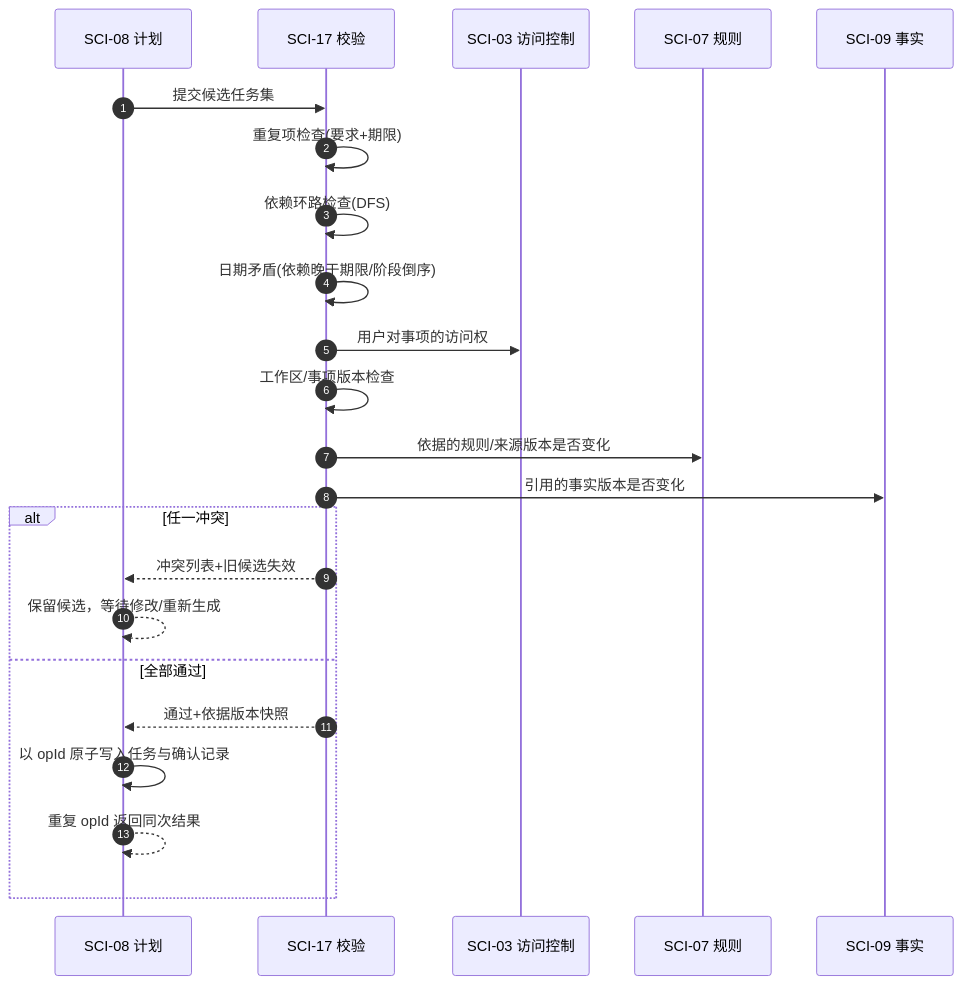
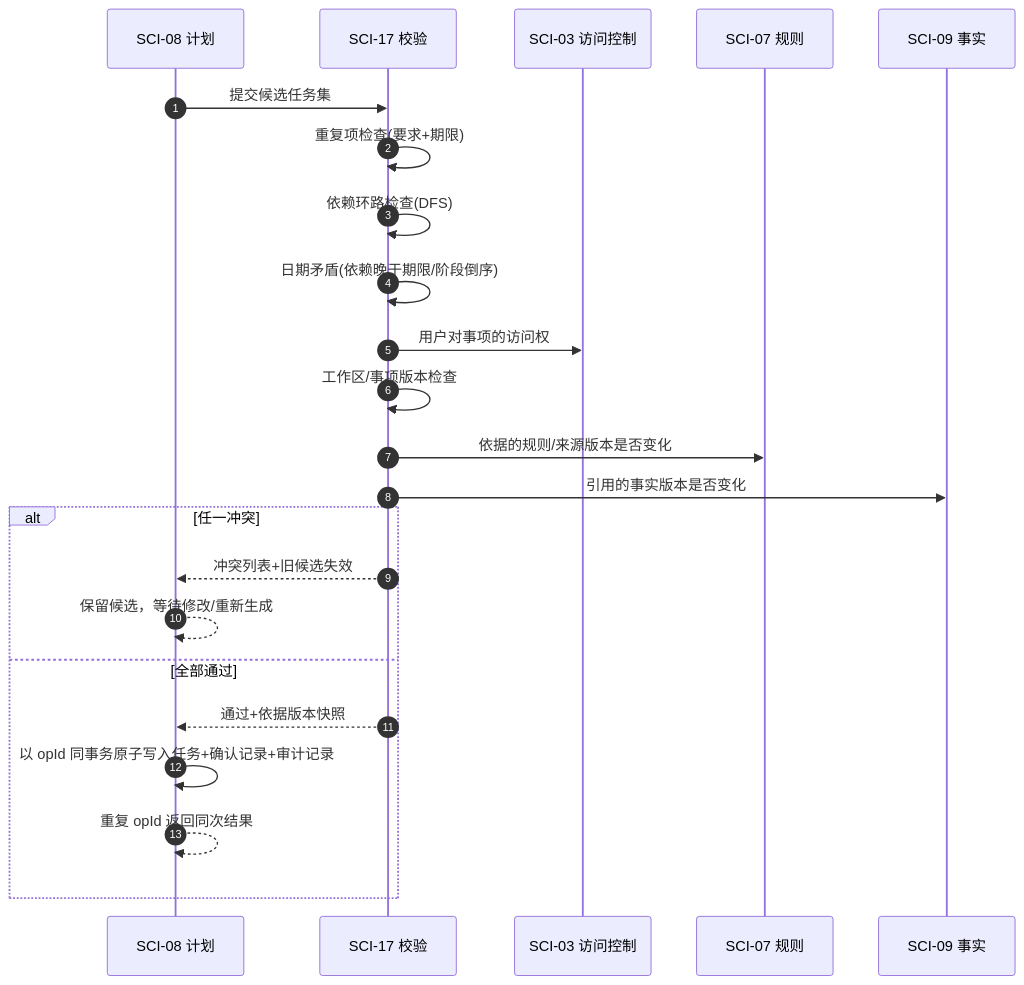
One commit to LotteryCamp/OfferPilot changed diagram 16 of 23 in docs/design/system-design/offerpilot-system-design.md. Above: the diagram before and after it, drawn with Mermaid. The commit also changed other lines of this file and 1 other file, not shown here.

````diff
--- a/docs/design/system-design/offerpilot-system-design.md
+++ b/docs/design/system-design/offerpilot-system-design.md
@@ -1390,25 +1418,25 @@
 ```mermaid
 sequenceDiagram
     autonumber
     participant PL as SCI-08 计划
     participant VA as SCI-17 校验
     participant AU as SCI-03 访问控制
     participant RU as SCI-07 规则
     participant FA as SCI-09 事实
     PL->>VA: 提交候选任务集
     VA->>VA: 重复项检查(要求+期限)
     VA->>VA: 依赖环路检查(DFS)
     VA->>VA: 日期矛盾(依赖晚于期限/阶段倒序)
     VA->>AU: 用户对事项的访问权
     VA->>VA: 工作区/事项版本检查
     VA->>RU: 依据的规则/来源版本是否变化
     VA->>FA: 引用的事实版本是否变化
     alt 任一冲突
         VA-->>PL: 冲突列表+旧候选失效
         PL-->>PL: 保留候选，等待修改/重新生成
     else 全部通过
         VA-->>PL: 通过+依据版本快照
-        PL->>PL: 以 opId 原子写入任务与确认记录
+        PL->>PL: 以 opId 同事务原子写入任务+确认记录+审计记录
         PL-->>PL: 重复 opId 返回同次结果
     end
 ```
````
